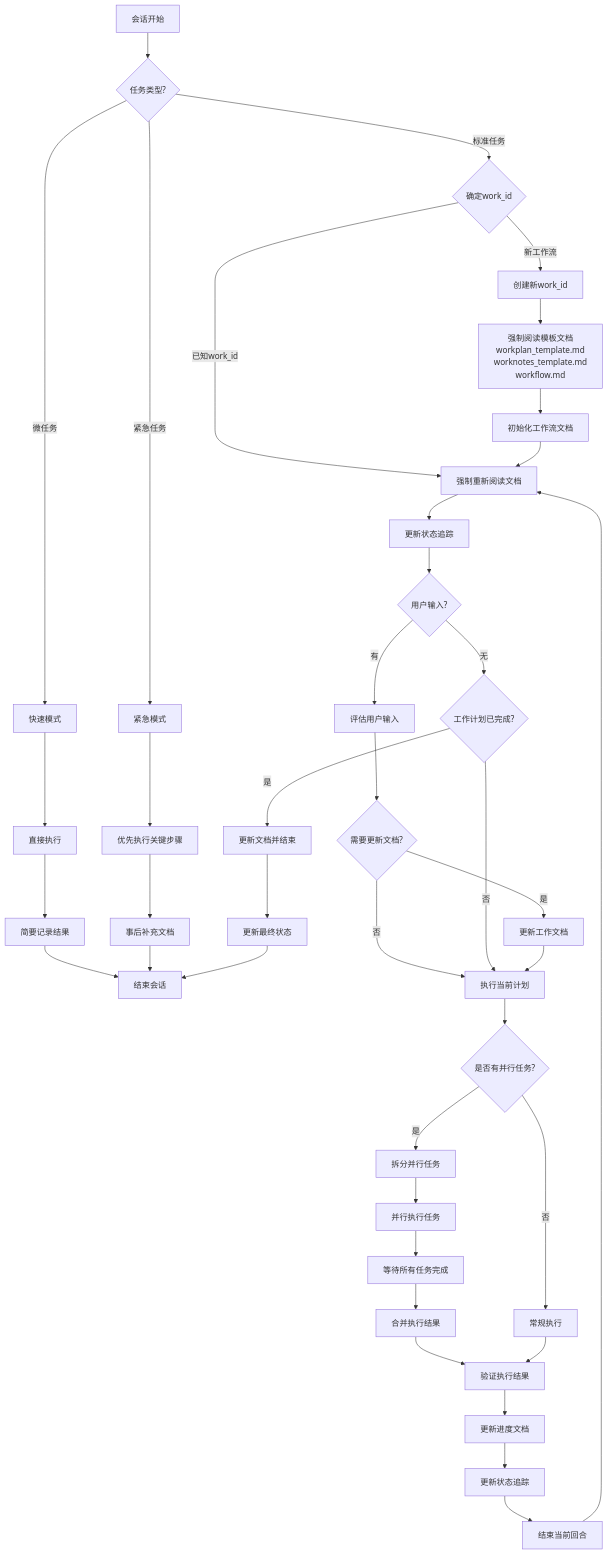
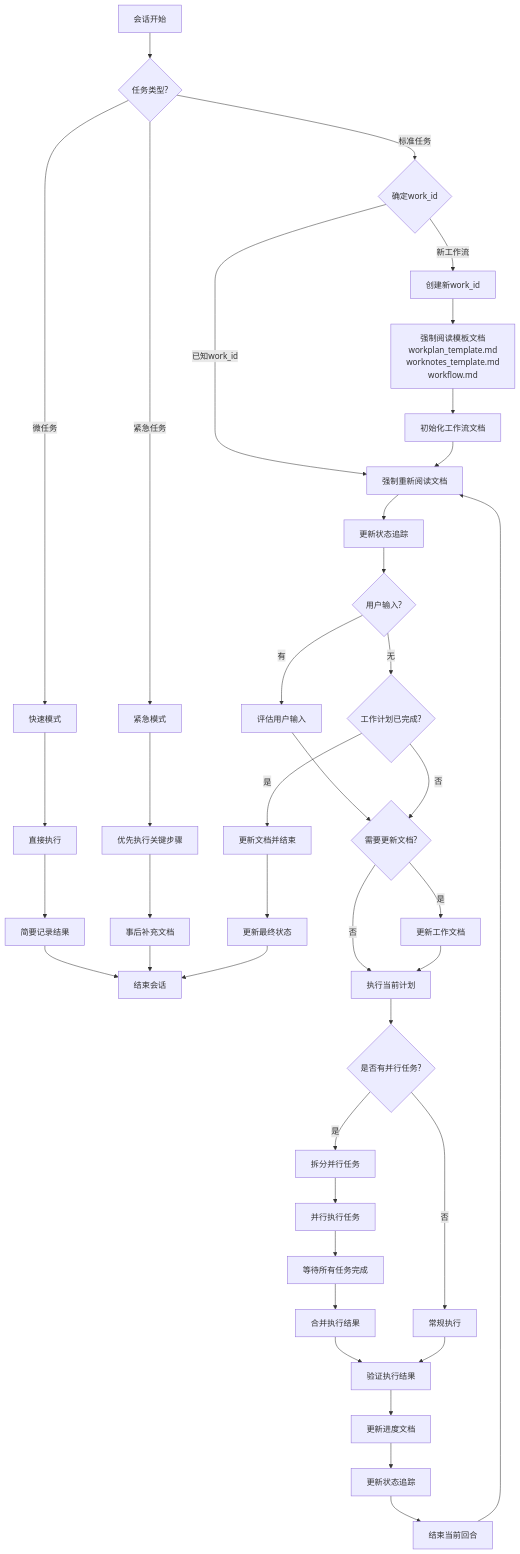
One commit to wanjochan/self-evolve-ai changed the first of 2 diagrams in docs/workflow.md. Above: the diagram before and after it, drawn with Mermaid. The commit also changed other lines of this file, not shown here.

````diff
--- a/docs/workflow.md
+++ b/docs/workflow.md
@@ -7,52 +7,52 @@
 ```mermaid
 flowchart TD
     Start[会话开始] --> TaskType{任务类型?}
     TaskType -->|标准任务| CheckWorkId{确定work_id}
     TaskType -->|微任务| QuickMode[快速模式]
     TaskType -->|紧急任务| UrgentMode[紧急模式]
 
     QuickMode --> SimpleExecute[直接执行]
     SimpleExecute --> QuickLog[简要记录结果]
     QuickLog --> End[结束会话]
 
     UrgentMode --> UrgentExecute[优先执行关键步骤]
     UrgentExecute --> PostActionDoc[事后补充文档]
     PostActionDoc --> End
 
     CheckWorkId --> |已知work_id| ReadDocs[强制重新阅读文档]
     CheckWorkId --> |新工作流| CreateWorkId[创建新work_id]
     CreateWorkId --> ReadTemplates[强制阅读模板文档<br/>workplan_template.md<br/>worknotes_template.md<br/>workflow.md]
     ReadTemplates --> InitDocs[初始化工作流文档]
     InitDocs --> ReadDocs
 
     ReadDocs --> UpdateStatus[更新状态追踪]
     UpdateStatus --> CheckInput{用户输入?}
 
     CheckInput -->|有| EvaluateInput[评估用户输入]
     EvaluateInput --> UpdateNeeded{需要更新文档?}
     UpdateNeeded -->|是| UpdateDocs[更新工作文档]
     UpdateNeeded -->|否| ExecutePlan[执行当前计划]
 
     CheckInput -->|无| CheckCompletion{工作计划已完成?}
     CheckCompletion -->|是| FinalUpdate[更新文档并结束]
-    CheckCompletion -->|否| ExecutePlan[执行当前计划]
+    CheckCompletion -->|否| UpdateNeeded{需要更新文档?}
 
     UpdateDocs --> ExecutePlan
     ExecutePlan --> CheckParallel{是否有并行任务?}
     CheckParallel -->|是| SplitTasks[拆分并行任务]
     SplitTasks --> ExecuteParallel[并行执行任务]
     ExecuteParallel --> WaitComplete[等待所有任务完成]
     WaitComplete --> MergeResults[合并执行结果]
     MergeResults --> VerifyExecution[验证执行结果]
 
     CheckParallel -->|否| NormalExecute[常规执行]
     NormalExecute --> VerifyExecution
 
     VerifyExecution --> UpdateProgress[更新进度文档]
     UpdateProgress --> UpdateStatusTrack[更新状态追踪]
     UpdateStatusTrack --> NextCycle[结束当前回合]
     NextCycle --> ReadDocs
 
     FinalUpdate --> UpdateFinalStatus[更新最终状态]
     UpdateFinalStatus --> End
 ```
````
